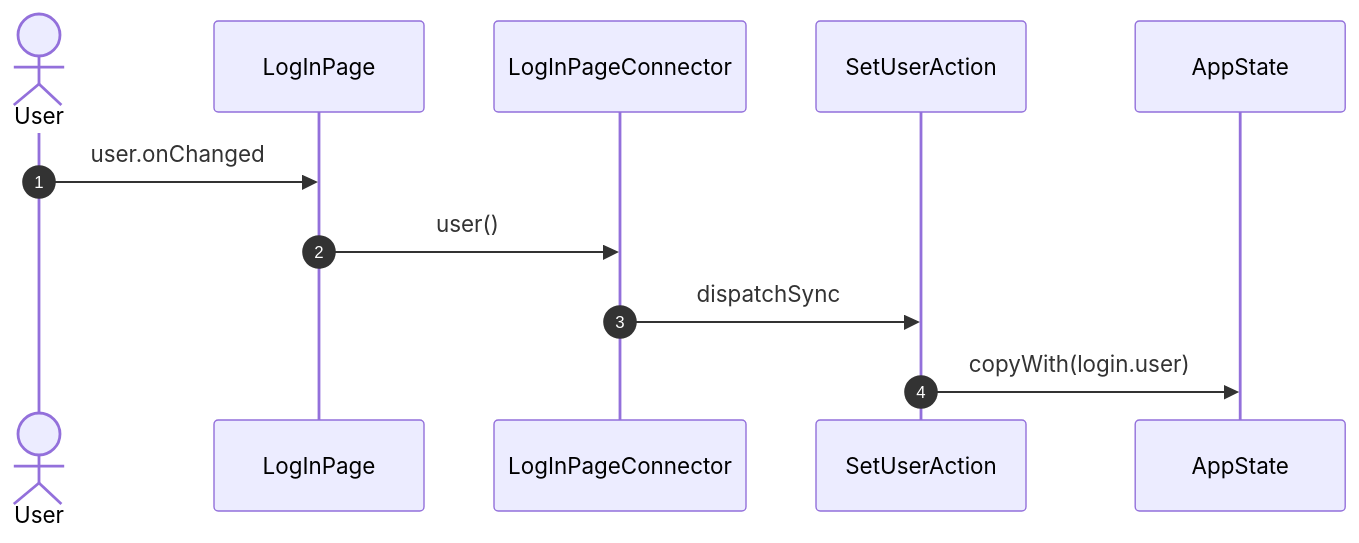
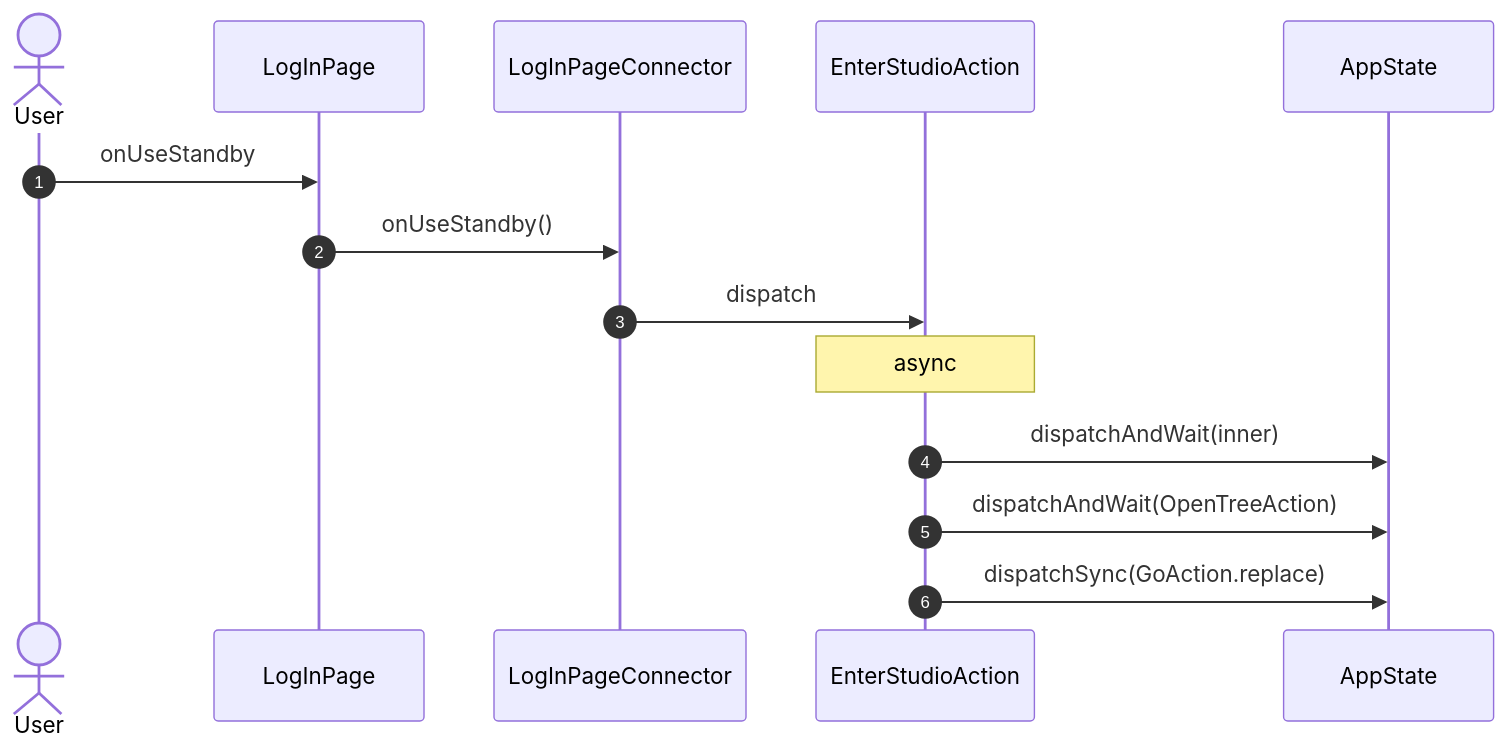
One commit to gencto/wyrm changed the fifth of 19 diagrams in studio/docs/flows/logIn.md. Above: the diagram before and after it, drawn with Mermaid. The commit also changed other lines of this file and 90 other files, not shown here.

First line of the commit message:
studio: log-in: typed values, words in ui, one action per intent

````diff
--- a/studio/docs/flows/logIn.md
+++ b/studio/docs/flows/logIn.md
@@ -43,14 +105,17 @@
 ```mermaid
 sequenceDiagram
     autonumber
     actor User
     participant UI as LogInPage
     participant VM as LogInPageConnector
-    participant A1 as SetUserAction
+    participant A1 as EnterStudioAction
     participant ST as AppState
 
-    User->>UI: user.onChanged
-    UI->>VM: user()
-    VM->>A1: dispatchSync
-    A1->>ST: copyWith(login.user)
+    User->>UI: onUseStandby
+    UI->>VM: onUseStandby()
+    VM->>A1: dispatch
+    Note over A1: async
+    A1->>ST: dispatchAndWait(inner)
+    A1->>ST: dispatchAndWait(OpenTreeAction)
+    A1->>ST: dispatchSync(GoAction.replace)
 ```
````
